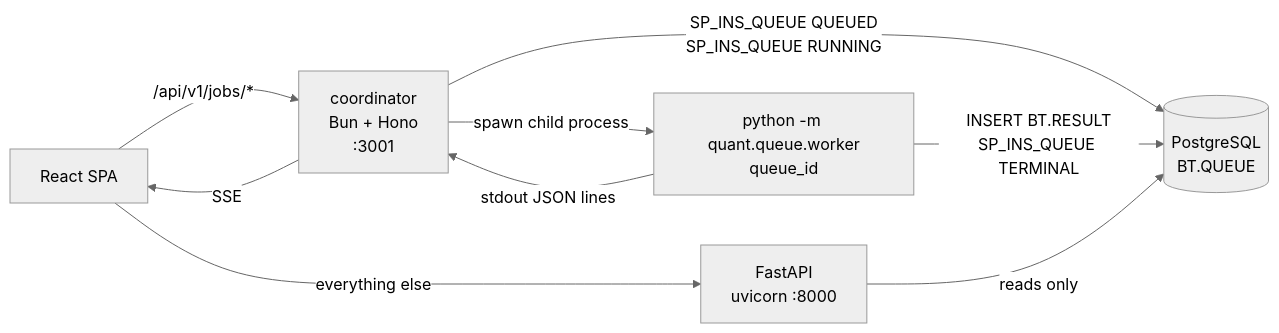
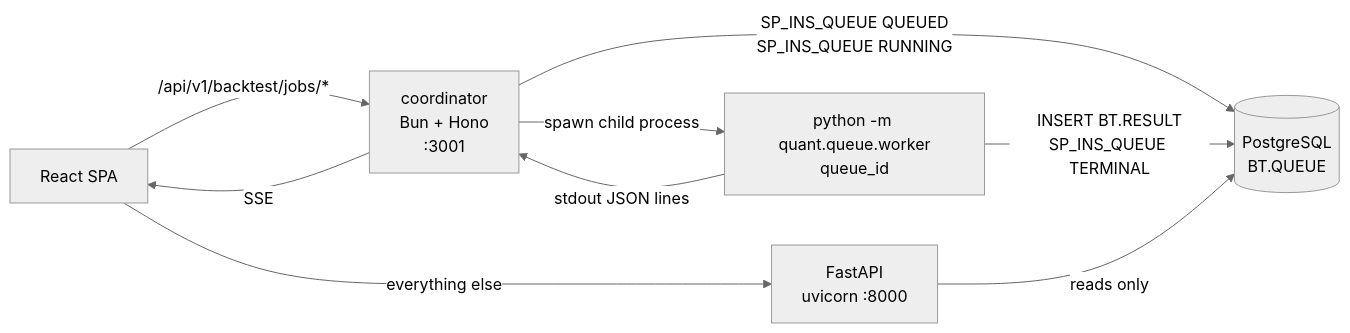
One commit to alfred1123/Quant_Strategies changed the diagram in docs/design/backtest-queue.md. Above: the diagram before and after it, drawn with Mermaid (neutral theme). The commit also changed other lines of this file and 15 other files, not shown here.

````diff
--- a/docs/design/backtest-queue.md
+++ b/docs/design/backtest-queue.md
@@ -116,11 +116,11 @@
 ```mermaid
 flowchart LR
-    UI[React SPA] -->|/api/v1/jobs/*| Coord[coordinator<br/>Bun + Hono<br/>:3001]
+    UI[React SPA] -->|/api/v1/backtest/jobs/*| Coord[coordinator<br/>Bun + Hono<br/>:3001]
     UI -->|everything else| FA[FastAPI<br/>uvicorn :8000]
     Coord -->|SP_INS_QUEUE QUEUED<br/>SP_INS_QUEUE RUNNING| DB[(PostgreSQL<br/>BT.QUEUE)]
     Coord -->|spawn child process| Worker[python -m quant.queue.worker<br/>queue_id]
     Worker -->|stdout JSON lines| Coord
     Worker -->|INSERT BT.RESULT<br/>SP_INS_QUEUE TERMINAL| DB
     FA -->|reads only| DB
     Coord -->|SSE| UI
 ```
````
